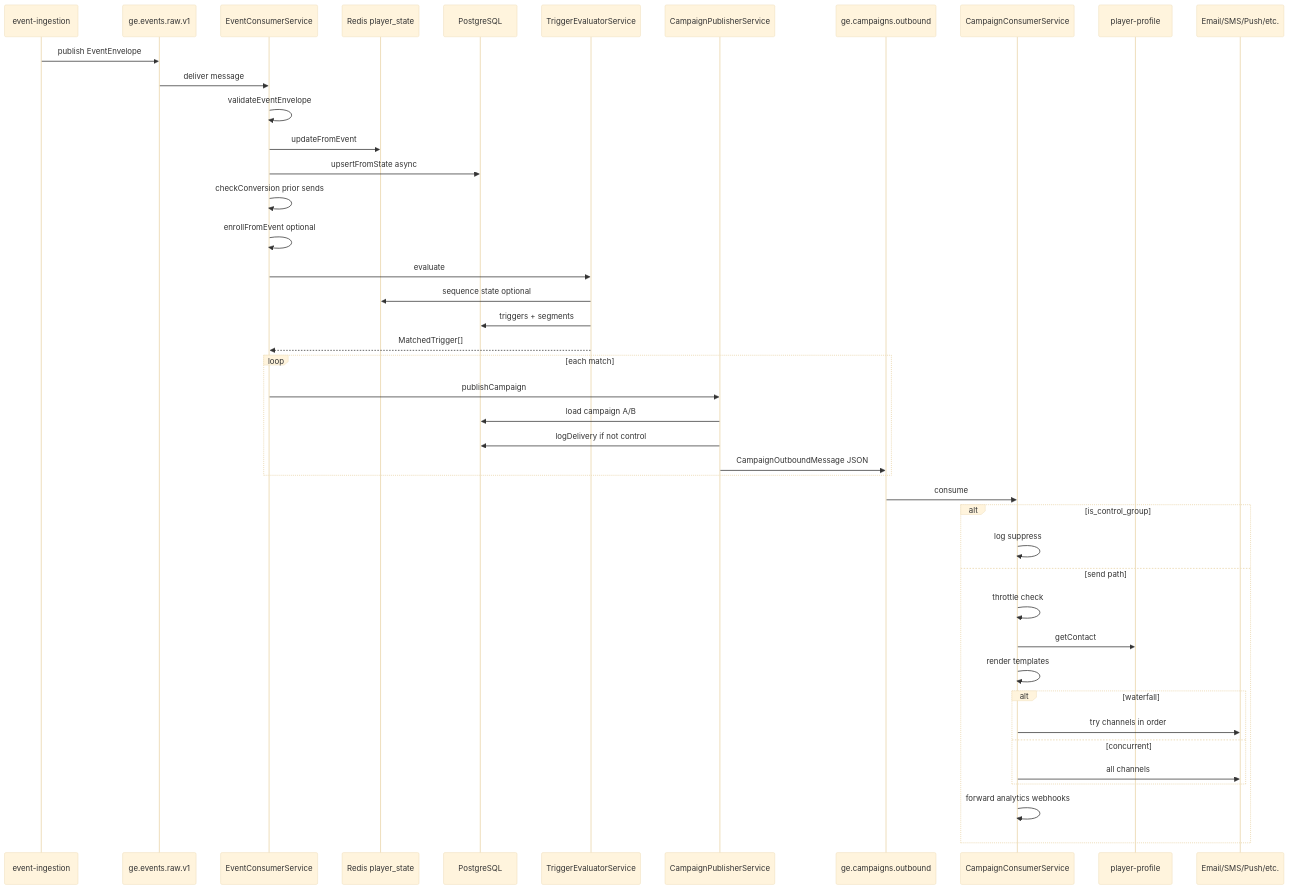
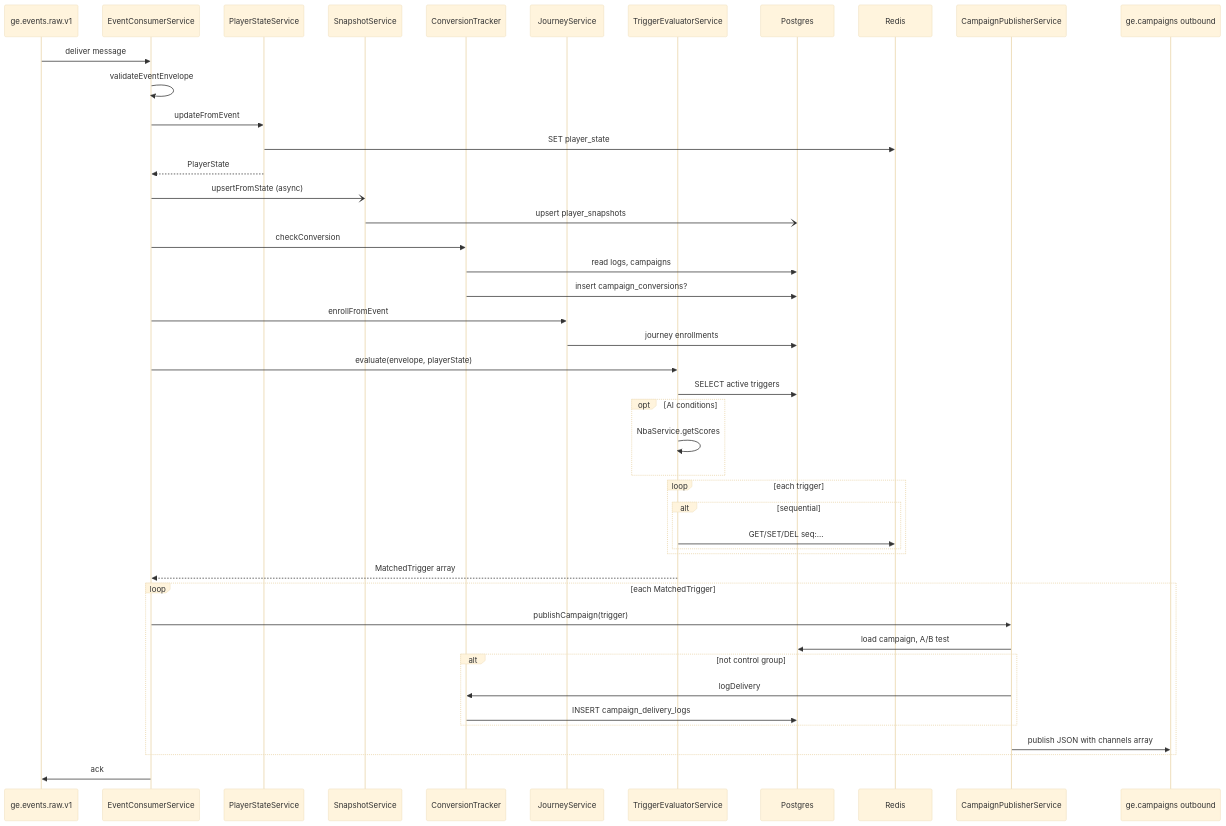
The second of 2 diagrams in flows/triggers.md (rishirathoregammasweep/Working), drawn with Mermaid (base theme) before and after one commit. The commit also changed other lines of this file, not shown here.

First line of the commit message:
Revise triggers and event consumption documentation

````diff
--- a/flows/triggers.md
+++ b/flows/triggers.md
@@ -627,46 +124,53 @@
 ```mermaid
 sequenceDiagram
-  participant EI as event-ingestion
-  participant Q1 as ge.events.raw.v1
+  participant Q as ge.events.raw.v1
   participant EC as EventConsumerService
-  participant Redis as Redis player_state
-  participant PG as PostgreSQL
+  participant PS as PlayerStateService
+  participant SN as SnapshotService
+  participant CV as ConversionTracker
+  participant JR as JourneyService
   participant TE as TriggerEvaluatorService
+  participant DB as Postgres
+  participant R as Redis
   participant CP as CampaignPublisherService
-  participant Q2 as ge.campaigns.outbound
-  participant CC as CampaignConsumerService
-  participant PP as player-profile
-  participant CH as Email/SMS/Push/etc.
+  participant OUT as ge.campaigns outbound
 
-  EI->>Q1: publish EventEnvelope
-  Q1->>EC: deliver message
+  Q->>EC: deliver message
   EC->>EC: validateEventEnvelope
-  EC->>Redis: updateFromEvent
-  EC->>PG: upsertFromState async
-  EC->>EC: checkConversion prior sends
-  EC->>EC: enrollFromEvent optional
-  EC->>TE: evaluate
-  TE->>Redis: sequence state optional
-  TE->>PG: triggers + segments
-  TE-->>EC: MatchedTrigger[]
-  loop each match
-    EC->>CP: publishCampaign
-    CP->>PG: load campaign A/B
-    CP->>PG: logDelivery if not control
-    CP->>Q2: CampaignOutboundMessage JSON
+  EC->>PS: updateFromEvent
+  PS->>R: SET player_state
+  PS-->>EC: PlayerState
+
+  EC-)SN: upsertFromState (async)
+  SN-)DB: upsert player_snapshots
+
+  EC->>CV: checkConversion
+  CV->>DB: read logs, campaigns
+  CV->>DB: insert campaign_conversions?
+
+  EC->>JR: enrollFromEvent
+  JR->>DB: journey enrollments
+
+  EC->>TE: evaluate(envelope, playerState)
+  TE->>DB: SELECT active triggers
+  opt AI conditions
+    TE->>TE: NbaService.getScores
   end
-  Q2->>CC: consume
-  alt is_control_group
-    CC->>CC: log suppress
-  else send path
-    CC->>CC: throttle check
-    CC->>PP: getContact
-    CC->>CC: render templates
-    alt waterfall
-      CC->>CH: try channels in order
-    else concurrent
-      CC->>CH: all channels
+  loop each trigger
+    alt sequential
+      TE->>R: GET/SET/DEL seq:...
     end
-    CC->>CC: forward analytics webhooks
   end
+  TE-->>EC: MatchedTrigger array
+
+  loop each MatchedTrigger
+    EC->>CP: publishCampaign(trigger)
+    CP->>DB: load campaign, A/B test
+    alt not control group
+      CP->>CV: logDelivery
+      CV->>DB: INSERT campaign_delivery_logs
+    end
+    CP->>OUT: publish JSON with channels array
+  end
+  EC->>Q: ack
 ```
````
